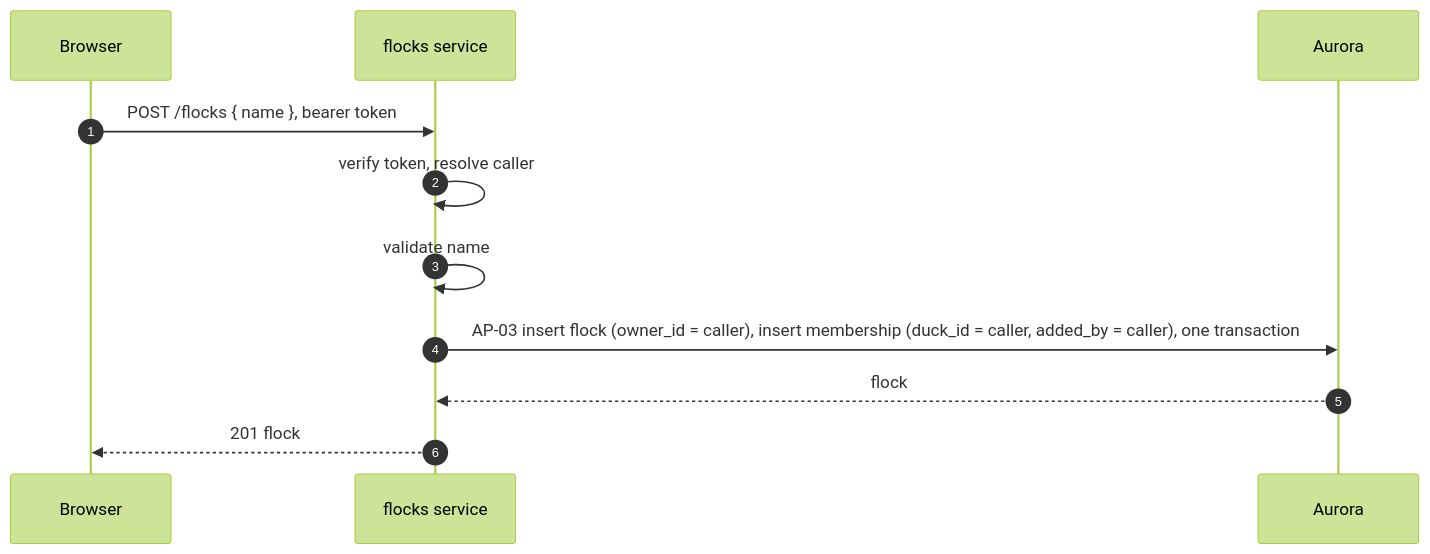
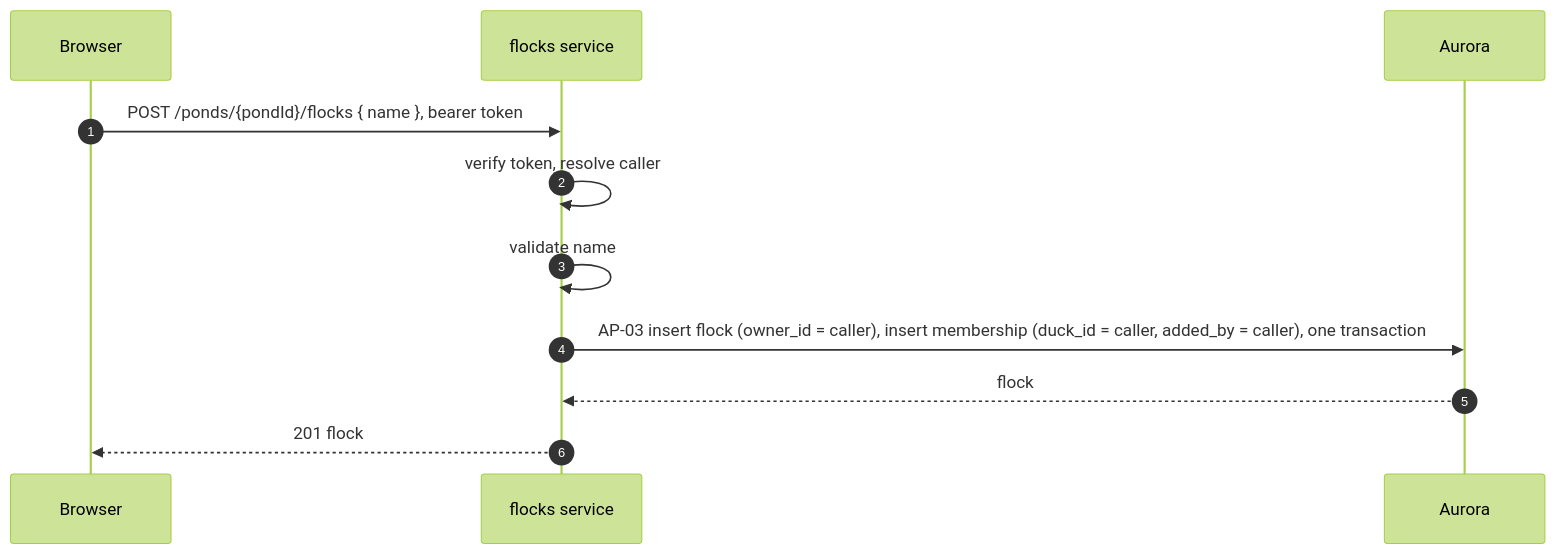
Before and after one commit to fractionalJoe/quack: the diagram in docs/design/flows/wfl-02-create-flock.md, drawn with Mermaid. The commit also changed other lines of this file and 10 other files, not shown here.

````diff
--- a/docs/design/flows/wfl-02-create-flock.md
+++ b/docs/design/flows/wfl-02-create-flock.md
@@ -7,17 +7,17 @@
 ```mermaid
 ---
 config:
   theme: forest
 ---
 sequenceDiagram
     autonumber
     participant B as Browser
     participant F as flocks service
     participant DB as Aurora
-    B->>F: POST /flocks { name }, bearer token
+    B->>F: POST /ponds/{pondId}/flocks { name }, bearer token
     F->>F: verify token, resolve caller
     F->>F: validate name
     F->>DB: AP-03 insert flock (owner_id = caller), insert membership (duck_id = caller, added_by = caller), one transaction
     DB-->>F: flock
     F-->>B: 201 flock
 ```
````
